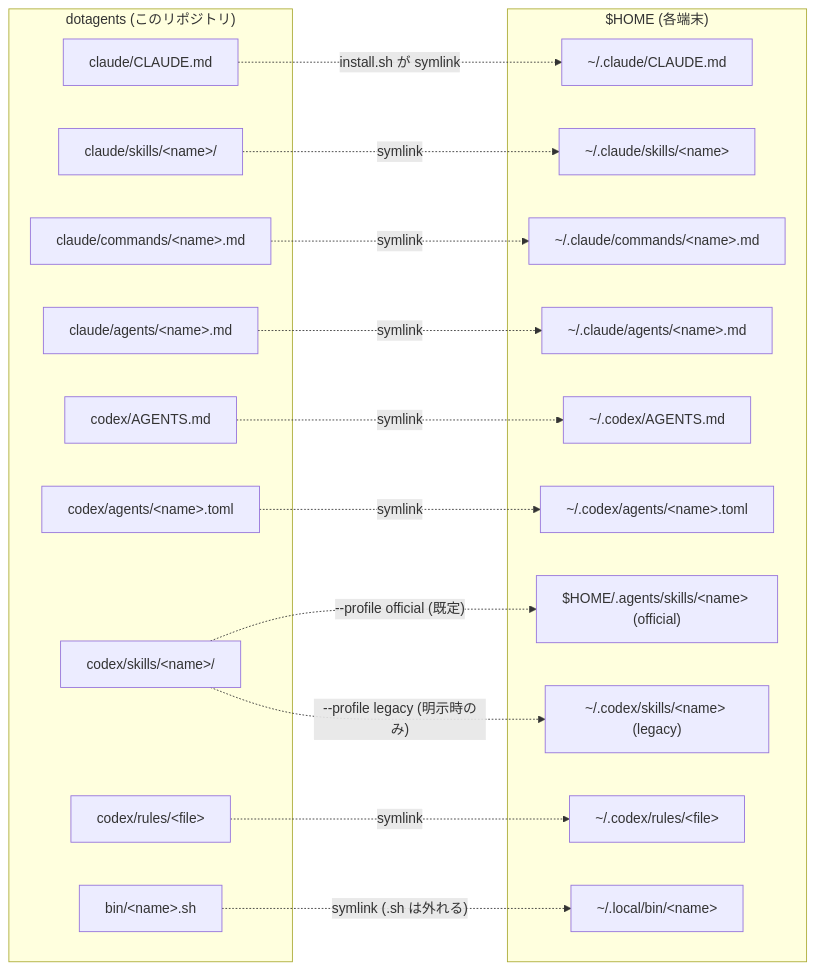
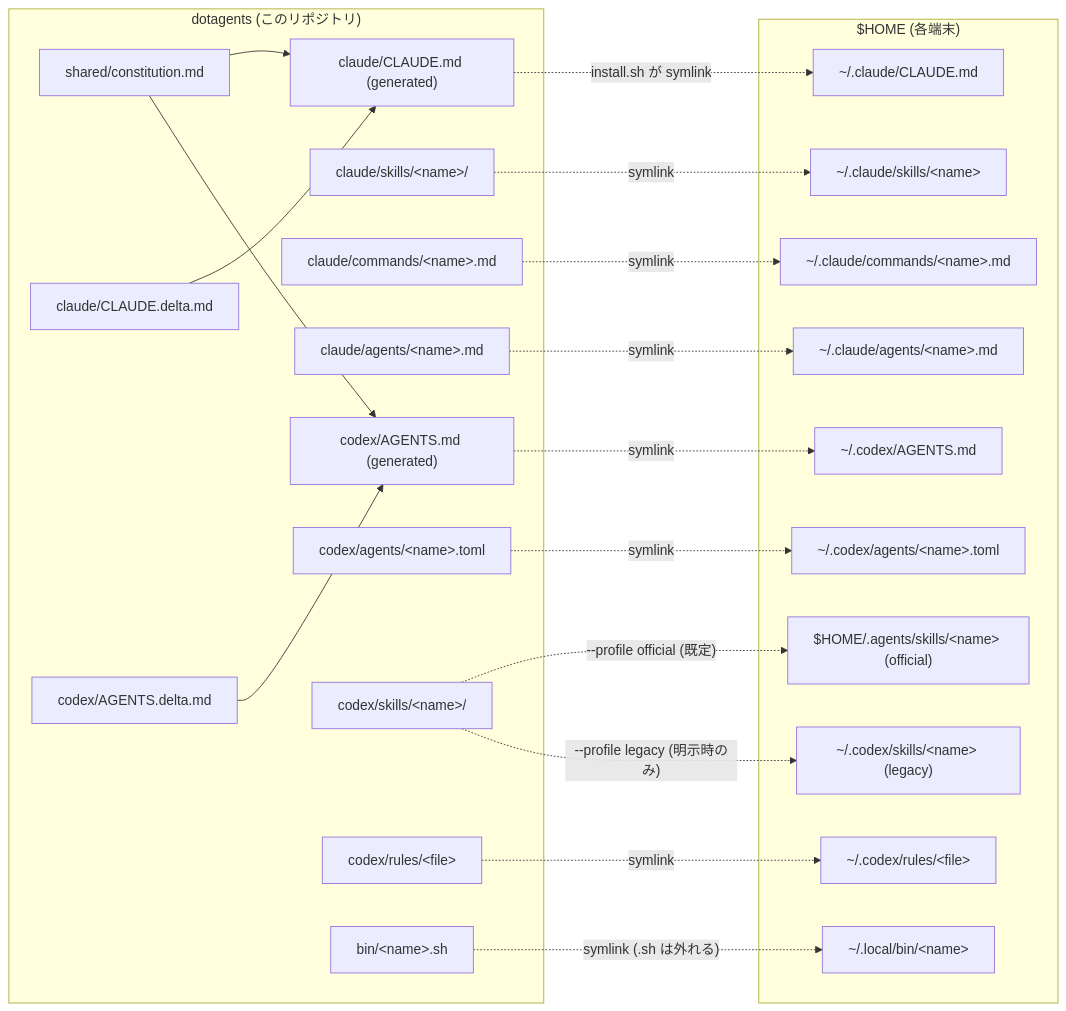
One commit to kitepon-rgb/dotagents changed the diagram in README.md. Above: the diagram before and after it, drawn with Mermaid. The commit also changed other lines of this file and 40 other files, not shown here.

````diff
--- a/README.md
+++ b/README.md
@@ -31,36 +35,43 @@
 ```mermaid
 flowchart LR
   subgraph repo["dotagents (このリポジトリ)"]
-    gcm["claude/CLAUDE.md"]
+    common["shared/constitution.md"]
+    cdelta["claude/CLAUDE.delta.md"]
+    xdelta["codex/AGENTS.delta.md"]
+    gcm["claude/CLAUDE.md (generated)"]
     cs["claude/skills/&lt;name&gt;/"]
     cc["claude/commands/&lt;name&gt;.md"]
     ca["claude/agents/&lt;name&gt;.md"]
-    xam["codex/AGENTS.md"]
+    xam["codex/AGENTS.md (generated)"]
     xca["codex/agents/&lt;name&gt;.toml"]
     xs["codex/skills/&lt;name&gt;/"]
     xr["codex/rules/&lt;file&gt;"]
     bin["bin/&lt;name&gt;.sh"]
   end
   subgraph home["$HOME (各端末)"]
     hgcm["~/.claude/CLAUDE.md"]
     hcs["~/.claude/skills/&lt;name&gt;"]
     hcc["~/.claude/commands/&lt;name&gt;.md"]
     hca["~/.claude/agents/&lt;name&gt;.md"]
     hxam["~/.codex/AGENTS.md"]
     hxca["~/.codex/agents/&lt;name&gt;.toml"]
     hxs["$HOME/.agents/skills/&lt;name&gt; (official)"]
     hxsl["~/.codex/skills/&lt;name&gt; (legacy)"]
     hxr["~/.codex/rules/&lt;file&gt;"]
     hbin["~/.local/bin/&lt;name&gt;"]
   end
+  common --> gcm
+  cdelta --> gcm
+  common --> xam
+  xdelta --> xam
   gcm -. "install.sh が symlink" .-> hgcm
   cs -. symlink .-> hcs
   cc -. symlink .-> hcc
   ca -. symlink .-> hca
   xam -. symlink .-> hxam
   xca -. symlink .-> hxca
   xs -. "--profile official (既定)" .-> hxs
   xs -. "--profile legacy (明示時のみ)" .-> hxsl
   xr -. symlink .-> hxr
   bin -. "symlink (.sh は外れる)" .-> hbin
 ```
````
